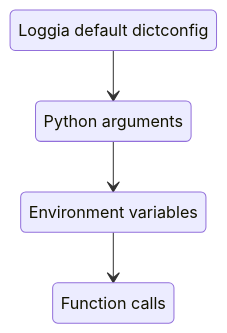
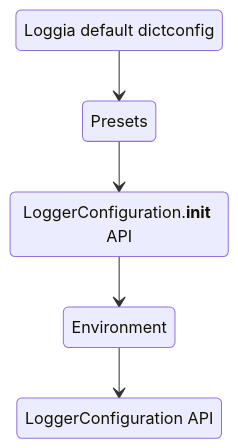
Before and after one commit to ManoManoTech/loggia: the diagram in docs/config.md, drawn with Mermaid. The commit also changed other lines of this file and 15 other files, not shown here.

````diff
--- a/docs/config.md
+++ b/docs/config.md
@@ -27,13 +38,15 @@
 ``` mermaid
 
 stateDiagram-v2
 defaults : Loggia default dictconfig
-args : Python arguments
-env : Environment variables
-calls : Function calls
+presets: Presets
+args : LoggerConfiguration.__init__ API
+env : Environment
+calls : LoggerConfiguration API
 
 
-defaults --> args
+defaults --> presets
+presets --> args
 args --> env
 env --> calls
 ```
````
